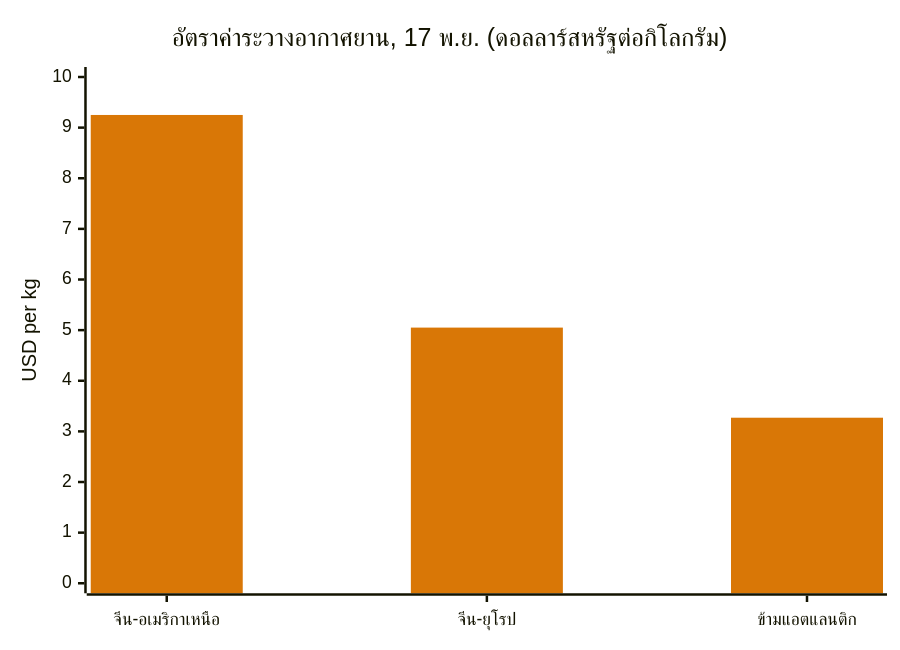
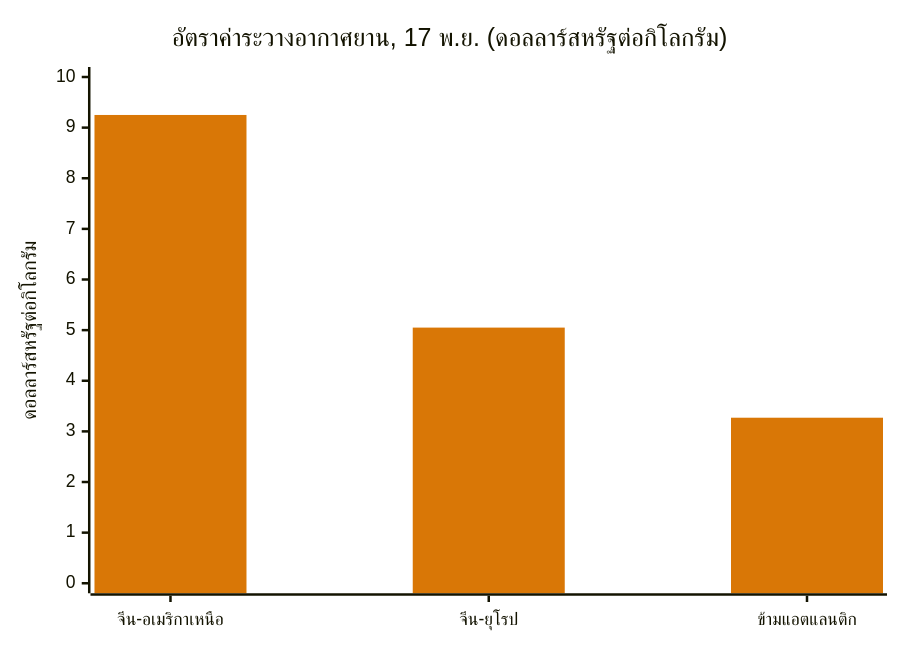
Diagram 13 of 15 in Global-Trade-Intelligence-weekly-2026-11-23/index.th.md (dureach/research), drawn with Mermaid before and after one commit. The commit also changed other lines of this file and 5 other files, not shown here.

````diff
--- a/Global-Trade-Intelligence-weekly-2026-11-23/index.th.md
+++ b/Global-Trade-Intelligence-weekly-2026-11-23/index.th.md
@@ -565,8 +565,8 @@
 ```mermaid
 %%{init: {'theme': 'base', 'themeVariables': {'xyChart': {'plotColorPalette': '#d97706'}}}}%%
 xychart-beta
     title "อัตราค่าระวางอากาศยาน, 17 พ.ย. (ดอลลาร์สหรัฐต่อกิโลกรัม)"
     x-axis ["จีน-อเมริกาเหนือ", "จีน-ยุโรป", "ข้ามแอตแลนติก"]
-    y-axis "USD per kg" 0 --> 10
+    y-axis "ดอลลาร์สหรัฐต่อกิโลกรัม" 0 --> 10
     bar [9.25, 5.05, 3.27]
 ```
````
